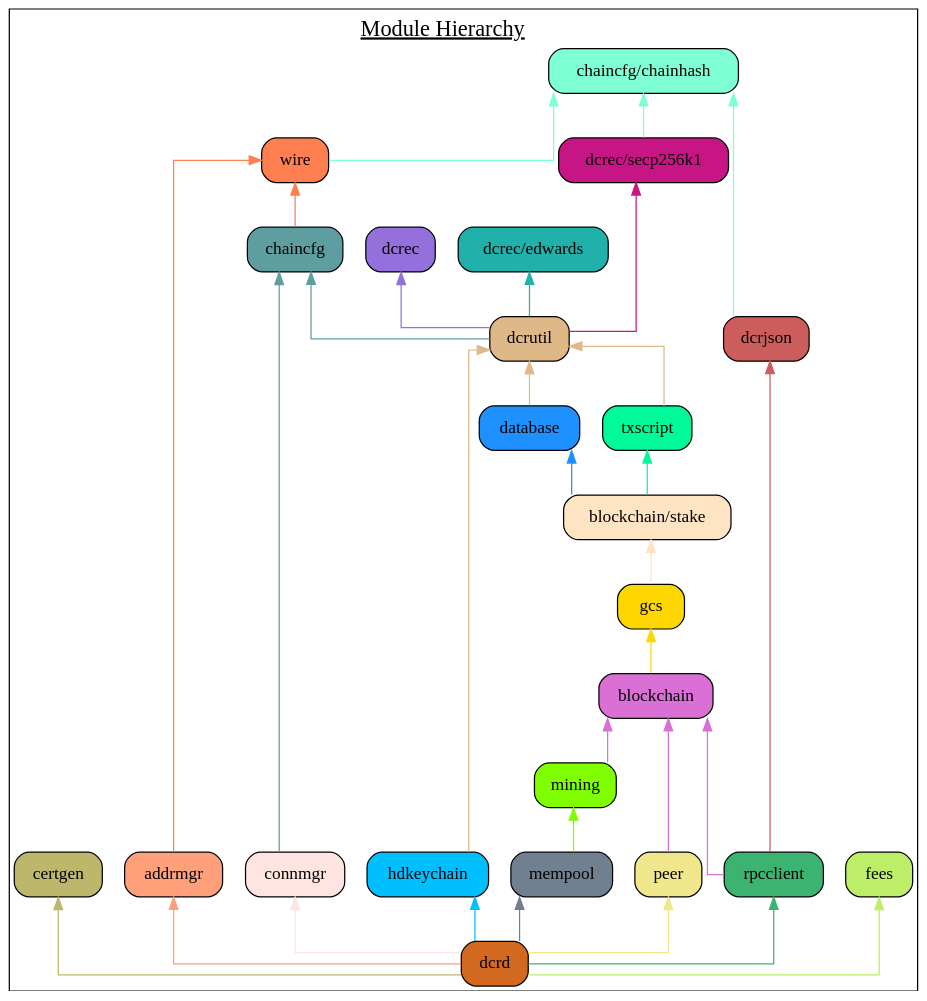
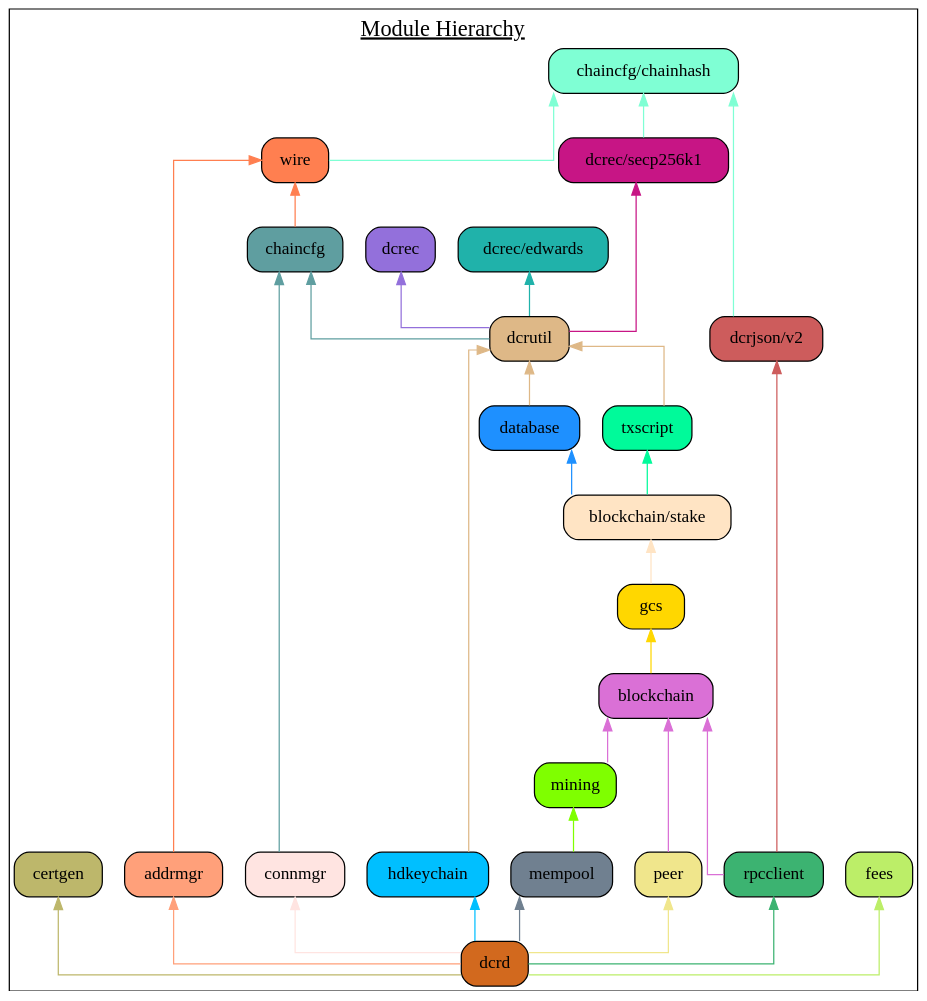
Before and after one commit to decred/dcrd: the diagram in docs/assets/module_hierarchy.gv, drawn with Graphviz. The commit also changed 2 other files, not shown here.

Commit message:
docs: Update for dcrjson v2 module.
This updates the docs/README.md file, module hierarchy graphviz, and
module hierarchy diagram to reflect the new module version.

```diff
--- a/docs/assets/module_hierarchy.gv
+++ b/docs/assets/module_hierarchy.gv
@@ -1,63 +1,63 @@
 digraph {
 	graph [splines=ortho colorscheme=svg label=<<u>Module Hierarchy</u>> labelloc=t fontsize=18.0]
 	node [shape=box style="filled, rounded"]
 
 	certgen [label="certgen" fillcolor=darkkhaki]
 	chainhash [label="chaincfg/chainhash" fillcolor=aquamarine]
-	dcrjson [label="dcrjson" fillcolor=indianred]
+	dcrjson [label="dcrjson/v2" fillcolor=indianred]
 	wire [label="wire" fillcolor=coral]
 	addrmgr [label="addrmgr" fillcolor=lightsalmon]
 	chaincfg [label="chaincfg" fillcolor=cadetblue]
 	connmgr [label="connmgr" fillcolor=mistyrose]
 	dcrec [label="dcrec" fillcolor=mediumpurple]
 	edwards [label="dcrec/edwards" fillcolor=lightseagreen]
 	secp256k1 [label="dcrec/secp256k1" fillcolor=mediumvioletred]
 	dcrutil [label="dcrutil" fillcolor=burlywood]
 	database [label="database" fillcolor=dodgerblue]
 	hdkeychain [label="hdkeychain" fillcolor=deepskyblue]
 	txscript [label="txscript" fillcolor=mediumspringgreen]
 	stake [label="blockchain/stake" fillcolor=bisque]
 	gcs [label="gcs" fillcolor=gold]
 	blockchain [label="blockchain" fillcolor=orchid]
 	mempool [label="mempool" fillcolor=slategray]
 	mining [label="mining" fillcolor=chartreuse]
 	peer [label="peer" fillcolor=khaki]
 	rpcclient [label="rpcclient" fillcolor=mediumseagreen]
 	fees [label="fees" fillcolor=darkolivegreen2]
 	dcrd [label="dcrd" fillcolor=chocolate]
 
 	{rank=same connmgr addrmgr hdkeychain peer rpcclient mempool}
 
 	certgen
 	chainhash -> dcrjson [dir=back color=aquamarine]
 	chainhash -> wire [dir=back color=aquamarine]
 	wire -> addrmgr [dir=back color=coral]
 	wire -> chaincfg [dir=back color=coral]
 	chaincfg -> connmgr [dir=back color=cadetblue]
 	chainhash -> secp256k1 [dir=back color=aquamarine]
 	chaincfg -> dcrutil [dir=back color=cadetblue]
 	dcrec -> dcrutil [dir=back color=mediumpurple]
 	edwards ->  dcrutil [dir=back color=lightseagreen]
 	secp256k1 ->  dcrutil [dir=back color=mediumvioletred]
 	dcrutil -> database [dir=back color=burlywood]
 	dcrutil -> hdkeychain [dir=back color=burlywood]
 	dcrutil -> txscript [dir=back color=burlywood]
 	database ->  stake [dir=back color=dodgerblue]
 	txscript -> stake [dir=back color=mediumspringgreen]
 	stake -> gcs [dir=back color=bisque]
 	gcs -> blockchain [dir=back color=gold]
 	blockchain -> mining [dir=back color=orchid]
 	mining -> mempool [dir=back color=chartreuse]
 	blockchain -> peer [dir=back color=orchid]
 	blockchain -> rpcclient [dir=back color=orchid]
 	dcrjson -> rpcclient [dir=back color=indianred]
 
 	fees -> dcrd [dir=back color=darkolivegreen2]
 	mempool -> dcrd [dir=back color=slategray]
 	certgen -> dcrd [dir=back color=darkkhaki]
 	addrmgr -> dcrd [dir=back color=lightsalmon]
 	hdkeychain -> dcrd [dir=back color=deepskyblue]
 	connmgr -> dcrd [dir=back color=mistyrose]
 	rpcclient -> dcrd [dir=back color=mediumseagreen]
 	peer -> dcrd [dir=back color=khaki]
 }
```
